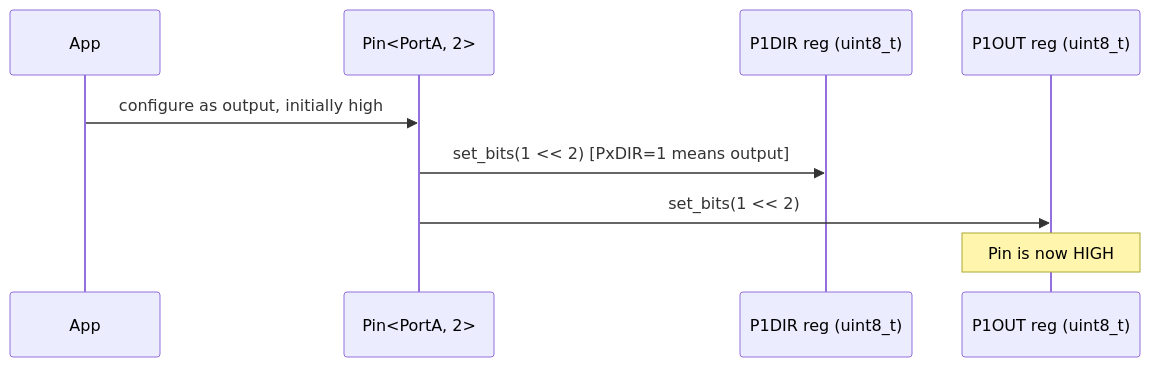
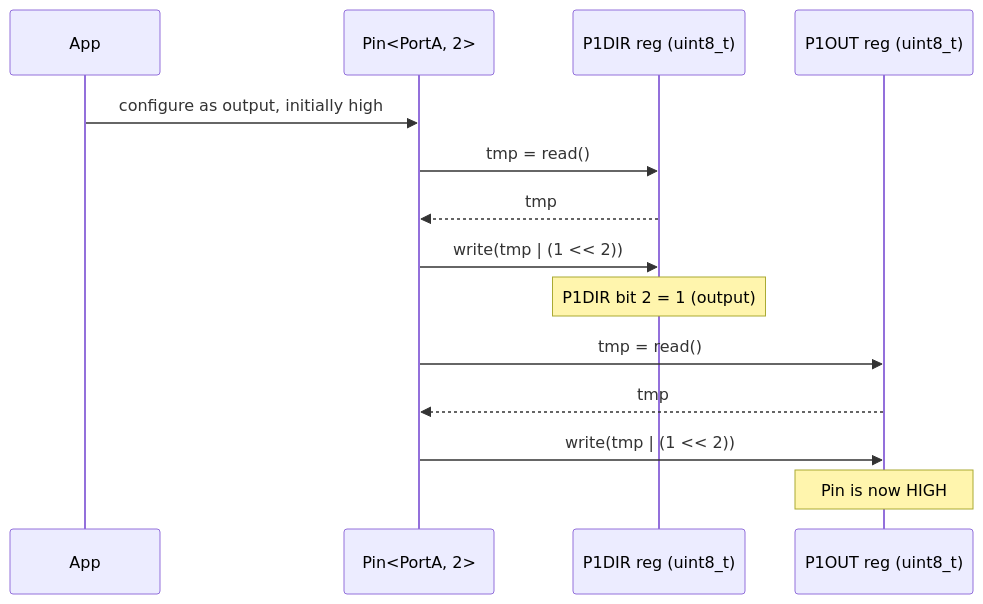
One commit to grahame-org/ohal changed diagram 11 of 13 in docs/plan.md. Above: the diagram before and after it, drawn with Mermaid. The commit also changed other lines of this file and 2 other files, not shown here.

````diff
--- a/docs/plan.md
+++ b/docs/plan.md
@@ -567,12 +572,17 @@
 ```mermaid
 sequenceDiagram
     participant App
     participant Pin as Pin<PortA, 2>
     participant DIR as P1DIR reg (uint8_t)
     participant OUT as P1OUT reg (uint8_t)
 
     App->>Pin: configure as output, initially high
-    Pin->>DIR: set_bits(1 << 2) [PxDIR=1 means output]
-    Pin->>OUT: set_bits(1 << 2)
+    Pin->>DIR: tmp = read()
+    DIR-->>Pin: tmp
+    Pin->>DIR: write(tmp | (1 << 2))
+    Note over DIR: P1DIR bit 2 = 1 (output)
+    Pin->>OUT: tmp = read()
+    OUT-->>Pin: tmp
+    Pin->>OUT: write(tmp | (1 << 2))
     Note over OUT: Pin is now HIGH
 ```
````
